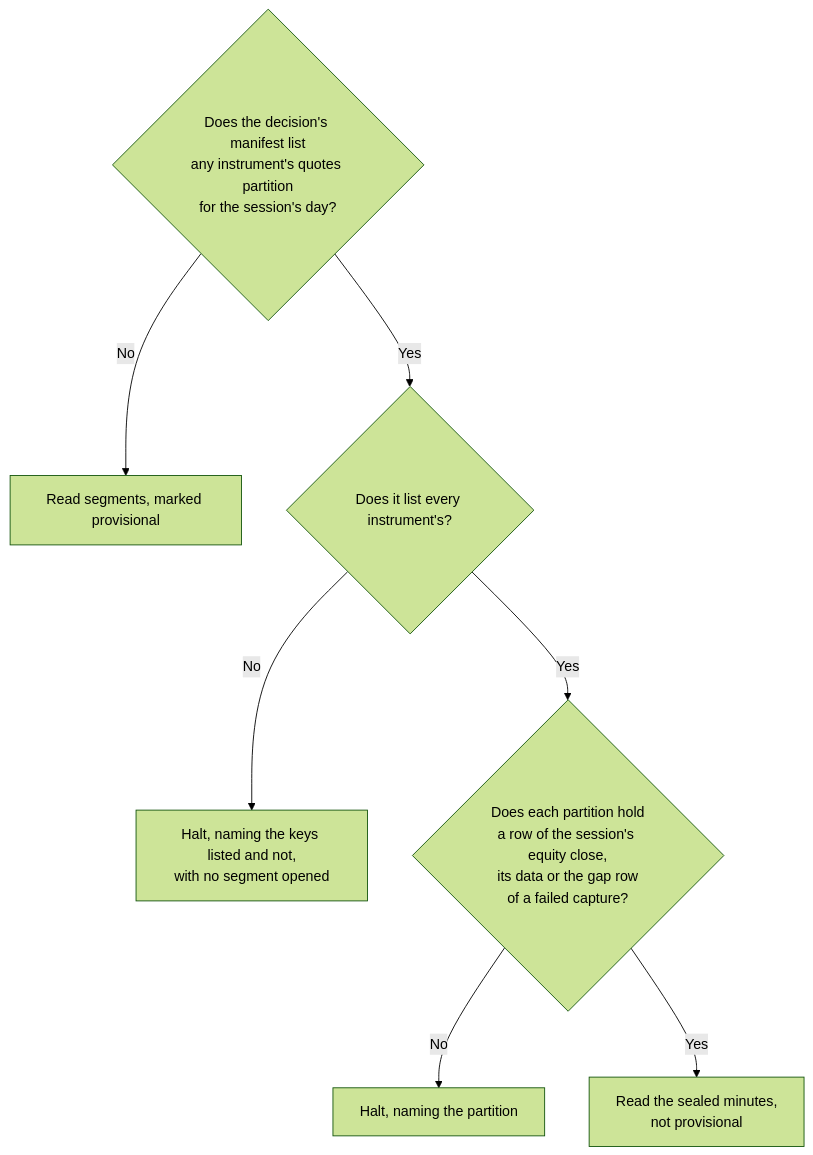
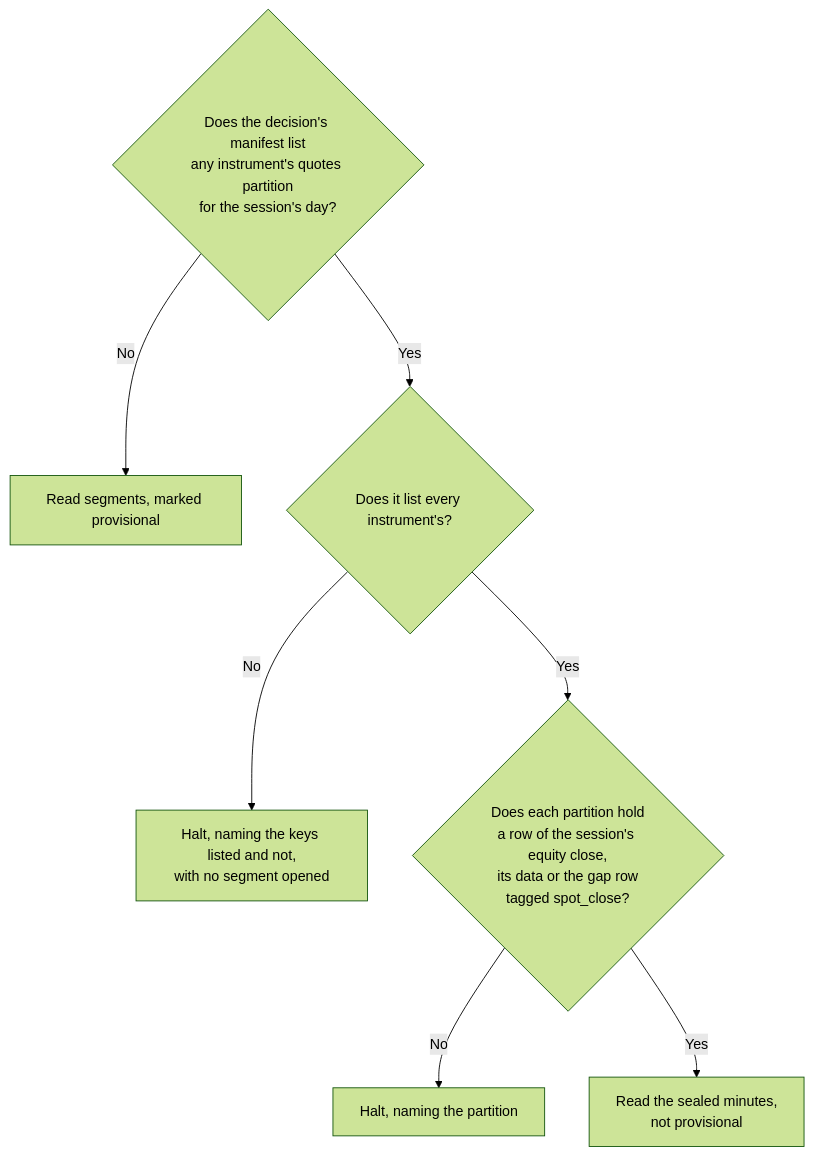
The fifth of 6 diagrams in docs/architecture/03-context-and-scope.md (l3a0/ithildin-runtime), drawn with Mermaid (forest theme) before and after one commit. The commit also changed other lines of this file and 5 other files, not shown here.

First line of the commit message:
fix(data): answer review round 1 on the gap-row close

````diff
--- a/docs/architecture/03-context-and-scope.md
+++ b/docs/architecture/03-context-and-scope.md
@@ -552,10 +552,10 @@
 ```mermaid
 flowchart TD
     m{"Does the decision's manifest list<br/>any instrument's quotes partition<br/>for the session's day?"}
     m -- "No" --> seg["Read segments, marked provisional"]
     m -- "Yes" --> all{"Does it list every instrument's?"}
     all -- "No" --> fault["Halt, naming the keys listed and not,<br/>with no segment opened"]
-    all -- "Yes" --> close{"Does each partition hold<br/>a row of the session's equity close,<br/>its data or the gap row<br/>of a failed capture?"}
+    all -- "Yes" --> close{"Does each partition hold<br/>a row of the session's equity close,<br/>its data or the gap row<br/>tagged spot_close?"}
     close -- "No" --> nofault["Halt, naming the partition"]
     close -- "Yes" --> sealed["Read the sealed minutes,<br/>not provisional"]
 ```
````
